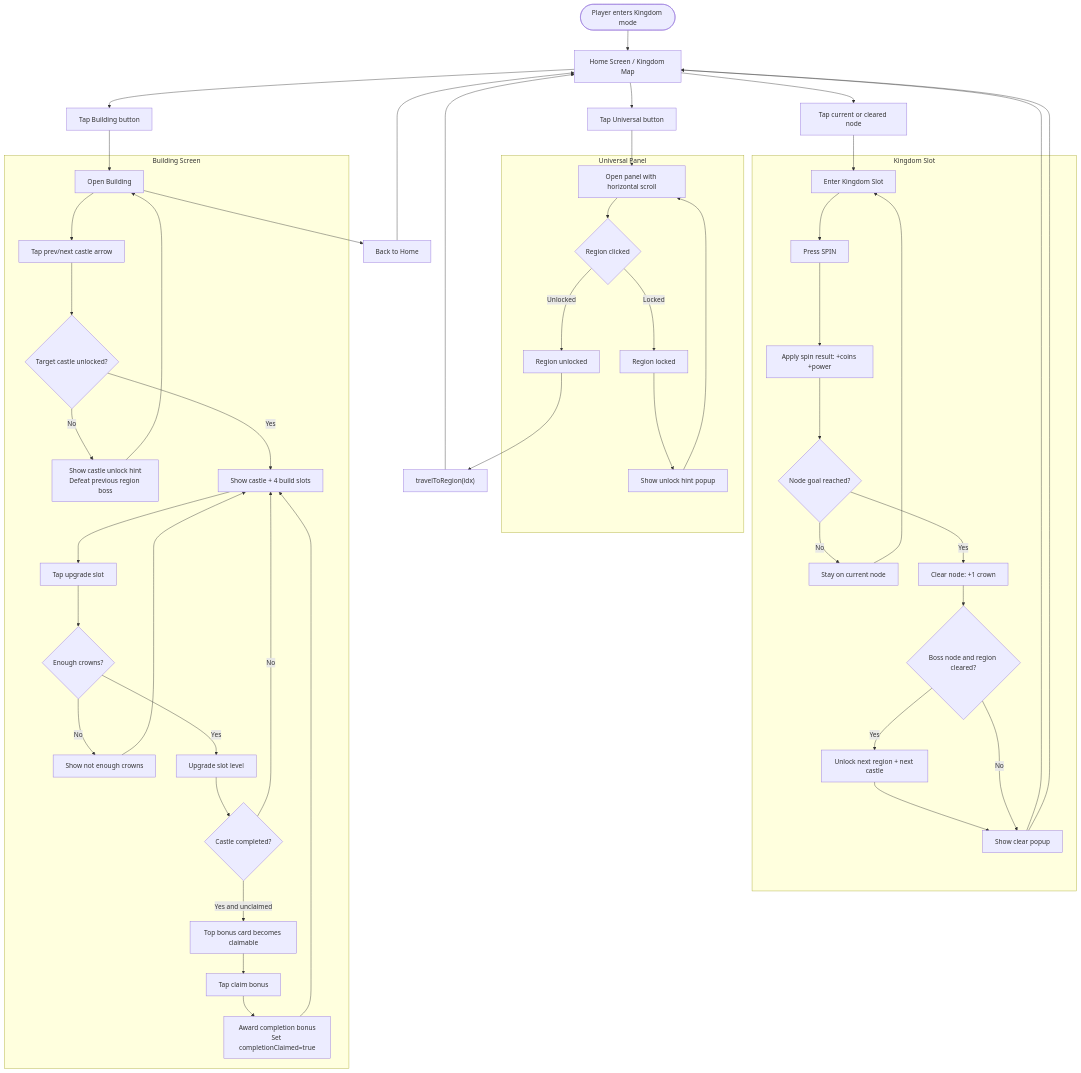
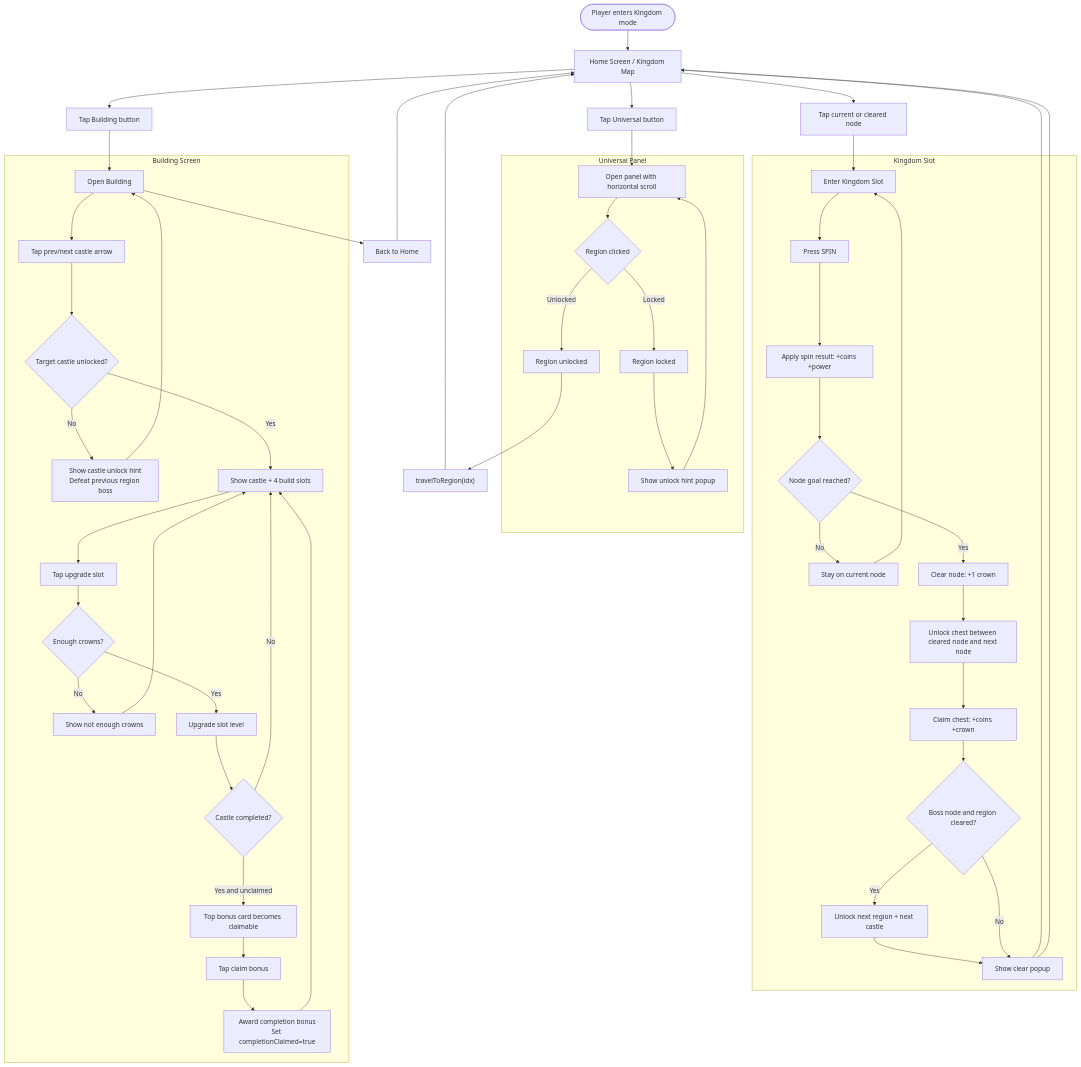
The diagram in docs/kingdom-mode-flow.mmd (TriNguyen3010/KingdomSpin_prototypeFlow), drawn with Mermaid before and after one commit. The commit also changed 5 other files, not shown here.

```diff
--- a/docs/kingdom-mode-flow.mmd
+++ b/docs/kingdom-mode-flow.mmd
@@ -1,82 +1,84 @@
 flowchart TB
     Start([Player enters Kingdom mode])
     Home[Home Screen / Kingdom Map]
     UniversalBtn[Tap Universal button]
     BuildingBtn[Tap Building button]
     NodeTap[Tap current or cleared node]
 
     Start --> Home
     Home --> UniversalBtn
     Home --> BuildingBtn
     Home --> NodeTap
 
     subgraph U[Universal Panel]
         UOpen[Open panel with horizontal scroll]
         UClick{Region clicked}
         UUnlocked[Region unlocked]
         ULocked[Region locked]
         UHint[Show unlock hint popup]
     end
 
     UniversalBtn --> UOpen
     UOpen --> UClick
     UClick -->|Unlocked| UUnlocked
     UUnlocked --> Travel["travelToRegion(idx)"]
     UClick -->|Locked| ULocked
     ULocked --> UHint
     UHint --> UOpen
     Travel --> Home
 
     subgraph S[Kingdom Slot]
         SEnter[Enter Kingdom Slot]
         Spin[Press SPIN]
         Eval[Apply spin result: +coins +power]
         Goal{Node goal reached?}
         KeepNode[Stay on current node]
         NodeClear[Clear node: +1 crown]
+        ChestUnlock[Unlock chest between cleared node and next node]
+        ChestClaim[Claim chest: +coins +crown]
         BossCheck{Boss node and region cleared?}
         RegionUnlock[Unlock next region + next castle]
         PostPopup[Show clear popup]
     end
 
     NodeTap --> SEnter --> Spin --> Eval --> Goal
     Goal -->|No| KeepNode --> SEnter
-    Goal -->|Yes| NodeClear --> BossCheck
+    Goal -->|Yes| NodeClear --> ChestUnlock --> ChestClaim --> BossCheck
     BossCheck -->|Yes| RegionUnlock --> PostPopup --> Home
     BossCheck -->|No| PostPopup --> Home
 
     subgraph B[Building Screen]
         BEnter[Open Building]
         ArrowTap[Tap prev/next castle arrow]
         CastleCheck{Target castle unlocked?}
         CastleHint["Show castle unlock hint<br>Defeat previous region boss"]
         CastleView[Show castle + 4 build slots]
         UpgradeTap[Tap upgrade slot]
         CrownCheck{Enough crowns?}
         CrownFail[Show not enough crowns]
         UpgradeOK[Upgrade slot level]
         CompleteCheck{Castle completed?}
         ClaimState[Top bonus card becomes claimable]
         ClaimTap[Tap claim bonus]
         ClaimDone["Award completion bonus<br>Set completionClaimed=true"]
     end
 
     BuildingBtn --> BEnter
     BEnter --> ArrowTap
     ArrowTap --> CastleCheck
     CastleCheck -->|No| CastleHint
     CastleHint --> BEnter
     CastleCheck -->|Yes| CastleView
     CastleView --> UpgradeTap
     UpgradeTap --> CrownCheck
     CrownCheck -->|No| CrownFail
     CrownFail --> CastleView
     CrownCheck -->|Yes| UpgradeOK
     UpgradeOK --> CompleteCheck
     CompleteCheck -->|No| CastleView
     CompleteCheck -->|Yes and unclaimed| ClaimState
     ClaimState --> ClaimTap
     ClaimTap --> ClaimDone
     ClaimDone --> CastleView
 
     BEnter --> BackHome[Back to Home] --> Home
```
